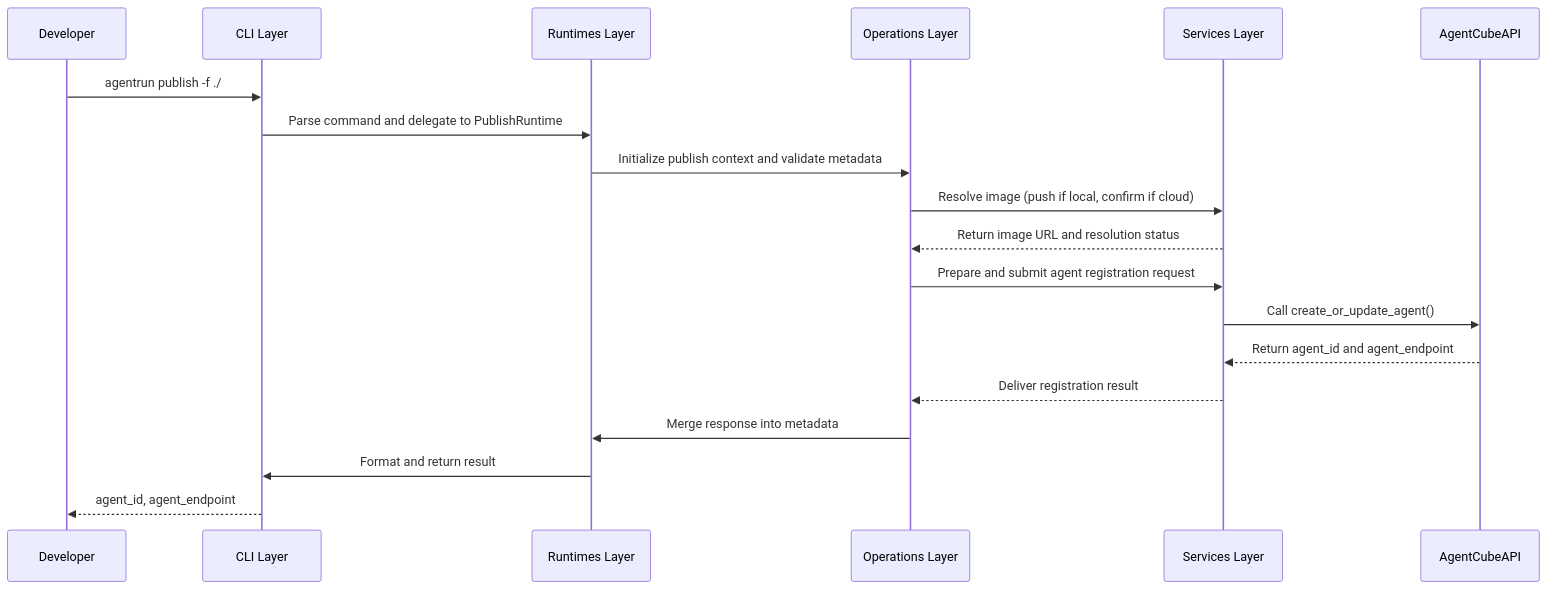
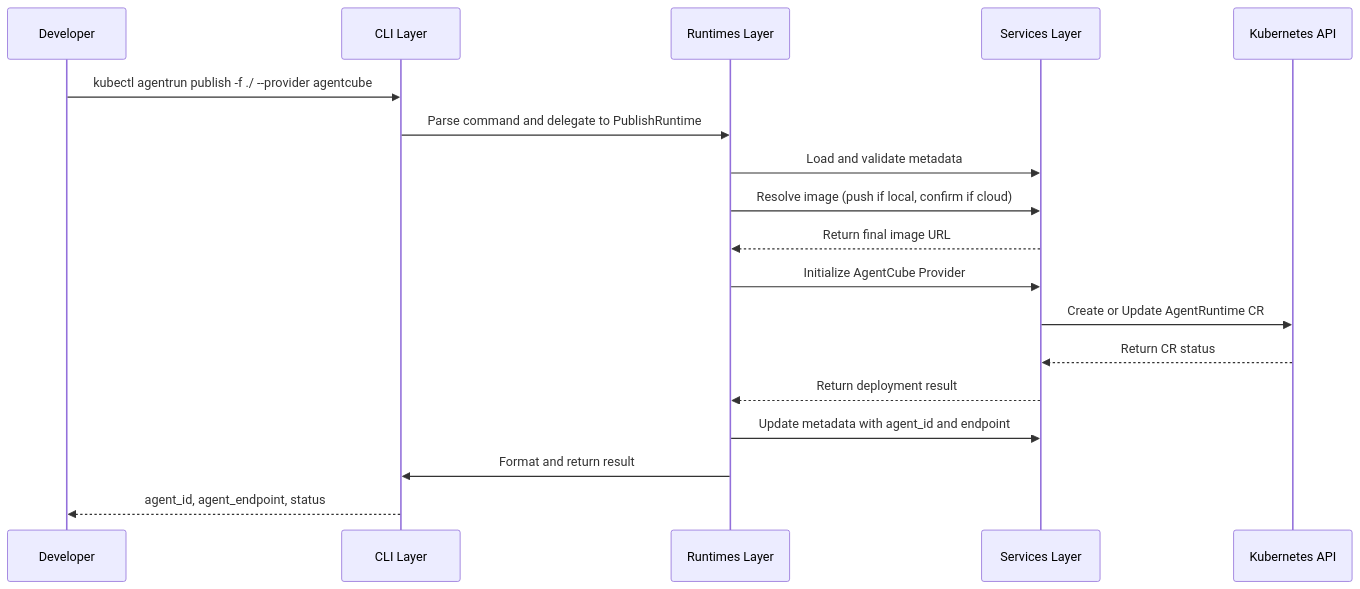
One commit to volcano-sh/agentcube changed the second of 2 diagrams in docs/design/AgentRun-CLI-Design.md. Above: the diagram before and after it, drawn with Mermaid. The commit also changed other lines of this file, not shown here.

````diff
--- a/docs/design/AgentRun-CLI-Design.md
+++ b/docs/design/AgentRun-CLI-Design.md
@@ -497,23 +472,22 @@
 ```mermaid
 sequenceDiagram
   participant Developer
   participant CLI Layer
   participant PublishRuntime as Runtimes Layer
-  participant PublishOps as Operations Layer
   participant Services Layer
-  participant AgentCubeAPI
+  participant K8sAPI as Kubernetes API
 
-  Developer->>CLI Layer: agentrun publish -f ./
+  Developer->>CLI Layer: kubectl agentrun publish -f ./ --provider agentcube
   CLI Layer->>PublishRuntime: Parse command and delegate to PublishRuntime
-  PublishRuntime->>PublishOps: Initialize publish context and validate metadata
-  PublishOps->>Services Layer: Resolve image (push if local, confirm if cloud)
-  Services Layer-->>PublishOps: Return image URL and resolution status
-  PublishOps->>Services Layer: Prepare and submit agent registration request
-  Services Layer->>AgentCubeAPI: Call create_or_update_agent()
-  AgentCubeAPI-->>Services Layer: Return agent_id and agent_endpoint
-  Services Layer-->>PublishOps: Deliver registration result
-  PublishOps->>PublishRuntime: Merge response into metadata
+  PublishRuntime->>Services Layer: Load and validate metadata
+  PublishRuntime->>Services Layer: Resolve image (push if local, confirm if cloud)
+  Services Layer-->>PublishRuntime: Return final image URL
+  PublishRuntime->>Services Layer: Initialize AgentCube Provider
+  Services Layer->>K8sAPI: Create or Update AgentRuntime CR
+  K8sAPI-->>Services Layer: Return CR status
+  Services Layer-->>PublishRuntime: Return deployment result
+  PublishRuntime->>Services Layer: Update metadata with agent_id and endpoint
   PublishRuntime->>CLI Layer: Format and return result
-  CLI Layer-->>Developer: agent_id, agent_endpoint
+  CLI Layer-->>Developer: agent_id, agent_endpoint, status
 
 ```
````
